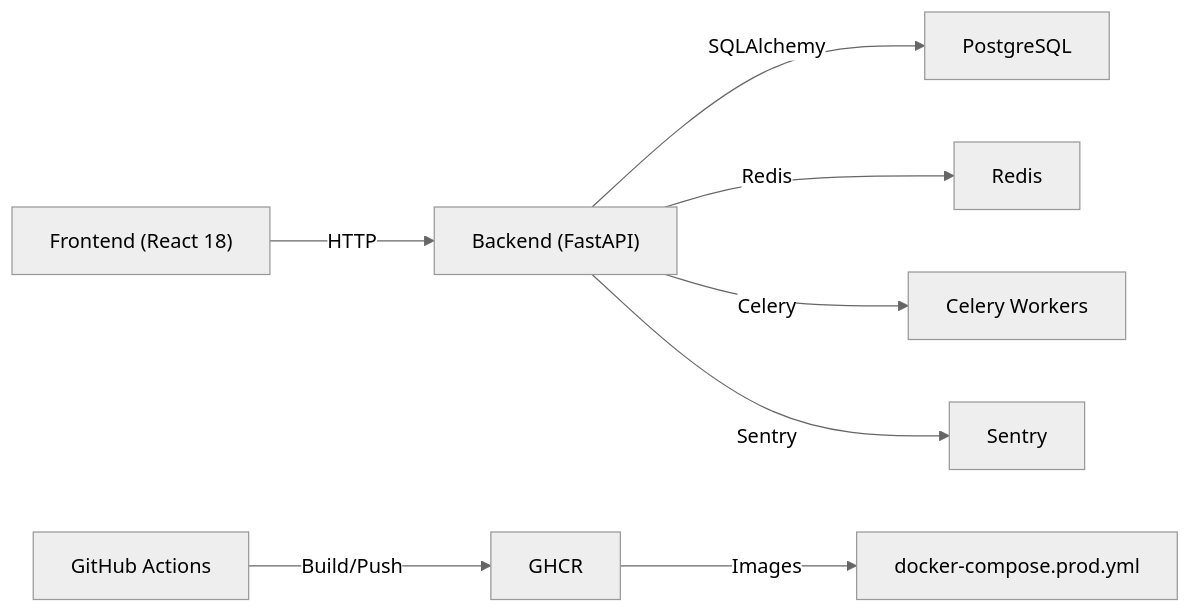
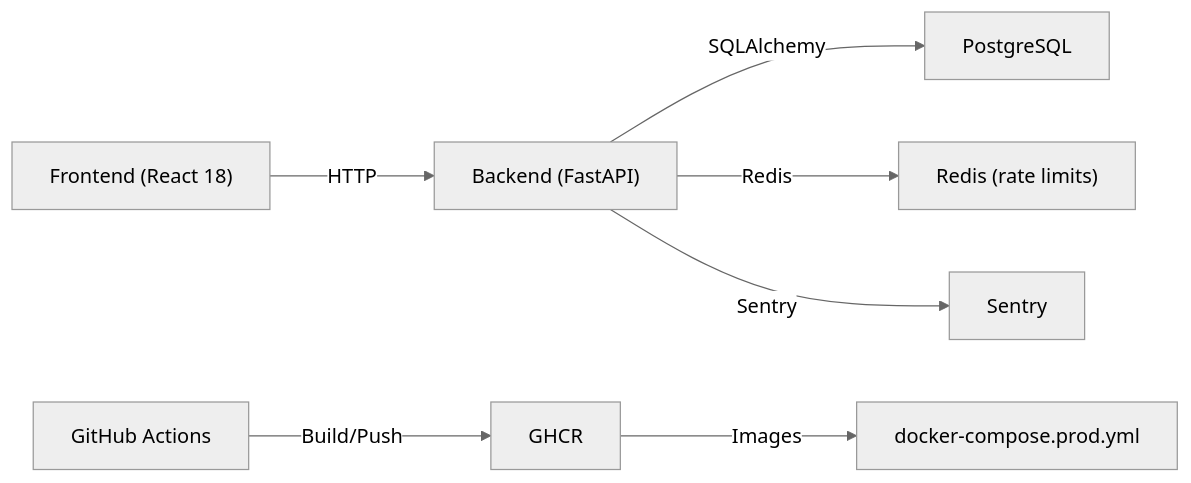
One commit to nilsnavi/fit_trackerpro changed the eighth of 8 diagrams in .qoder/repowiki/en/content/Project Overview/Technology Stack.md. Above: the diagram before and after it, drawn with Mermaid (neutral theme). The commit also changed other lines of this file and 26 other files, not shown here.

````diff
--- a/.qoder/repowiki/en/content/Project Overview/Technology Stack.md
+++ b/.qoder/repowiki/en/content/Project Overview/Technology Stack.md
@@ -495,10 +493,9 @@
 ```mermaid
 graph LR
 FE["Frontend (React 18)"] --> |HTTP| BE["Backend (FastAPI)"]
 BE --> |SQLAlchemy| DB["PostgreSQL"]
-BE --> |Redis| Cache["Redis"]
-BE --> |Celery| Queue["Celery Workers"]
+BE --> |Redis| Cache["Redis (rate limits)"]
 BE --> |Sentry| Mon["Sentry"]
 CI["GitHub Actions"] --> |Build/Push| Reg["GHCR"]
 Reg --> |Images| Prod["docker-compose.prod.yml"]
 ```
````
